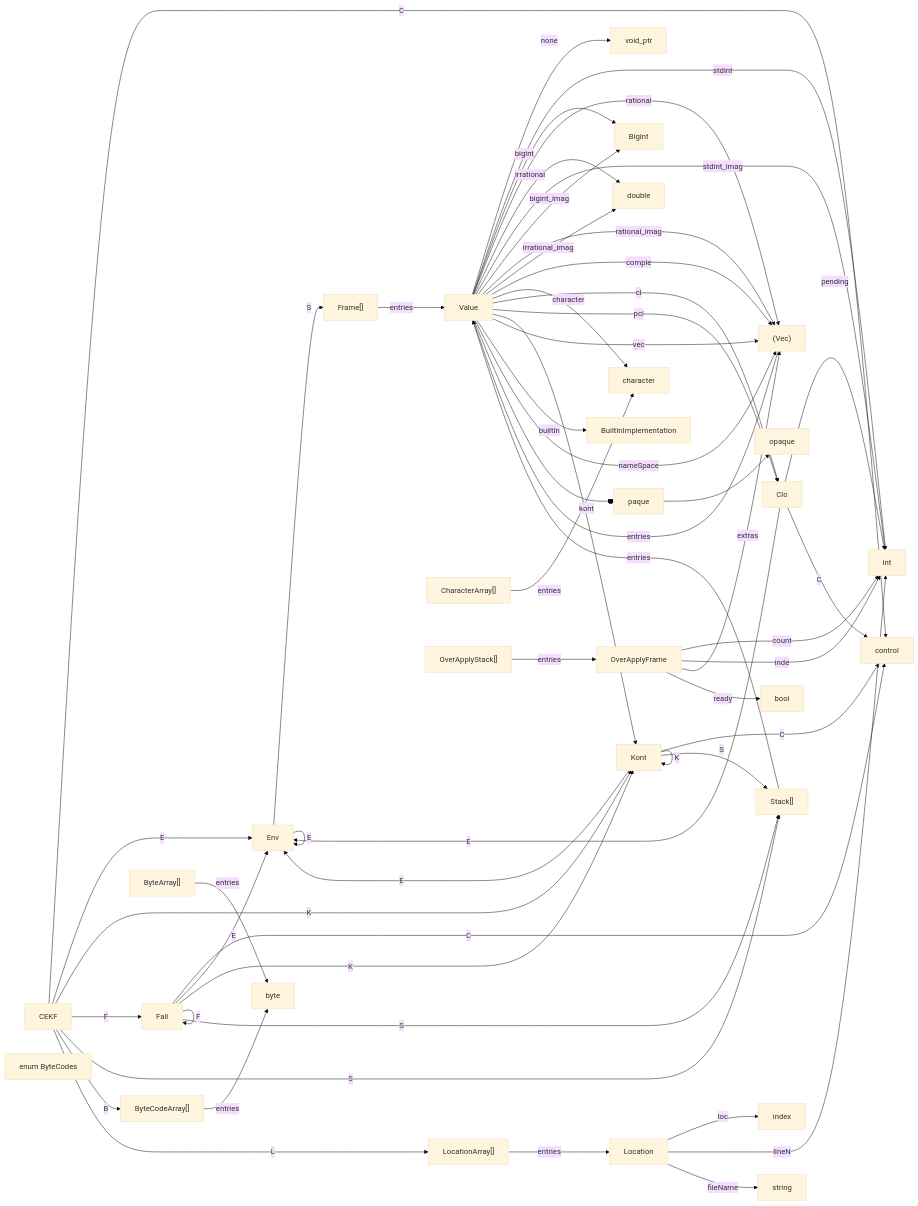
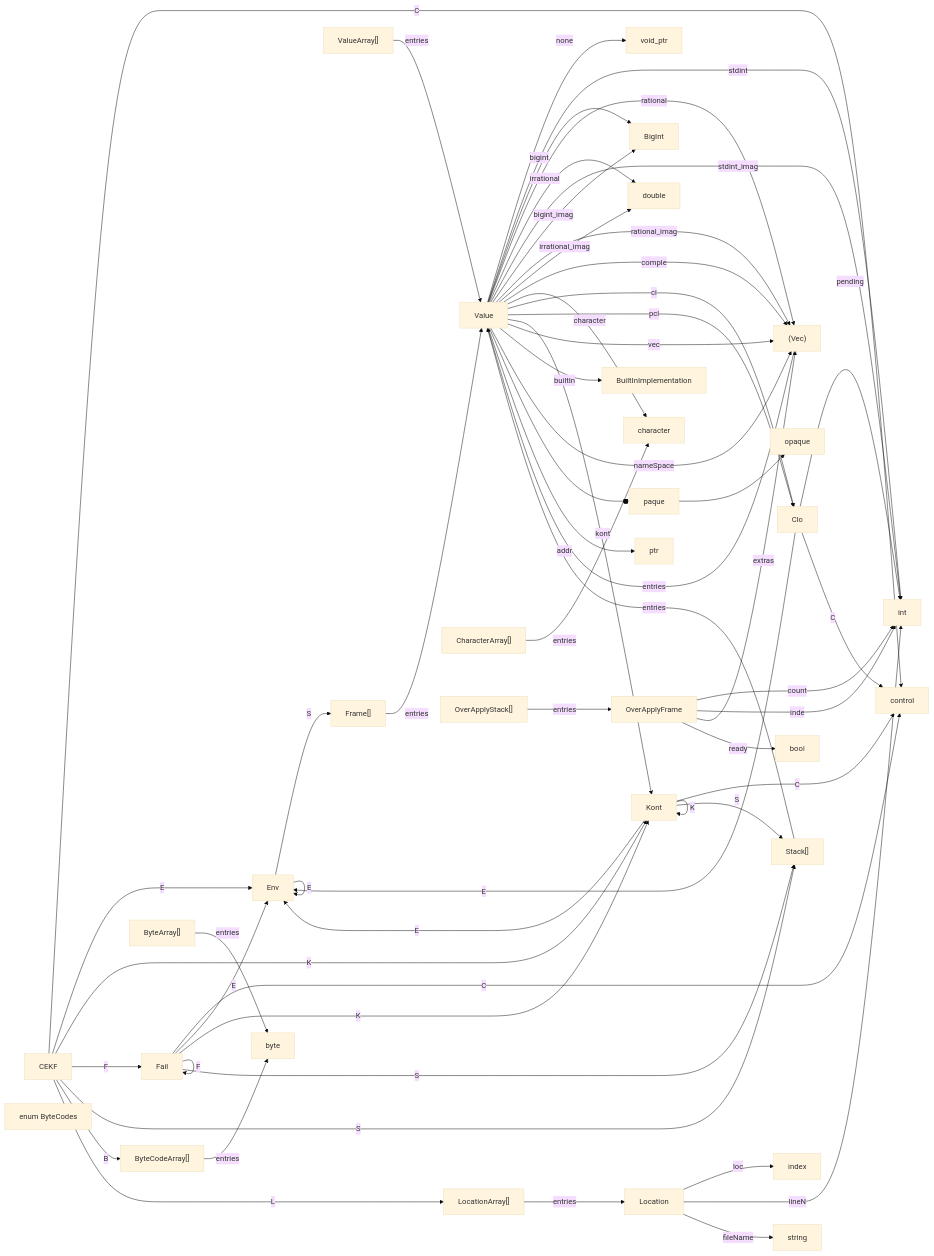
Before and after one commit to billhails/CEKF: the diagram in docs/generated/cekfs.md, drawn with Mermaid (base theme). The commit also changed 19 other files, not shown here.

````diff
--- a/docs/generated/cekfs.md
+++ b/docs/generated/cekfs.md
@@ -5,58 +5,60 @@
 ```mermaid
 flowchart LR
 CEKF --C--> control
 CEKF --E--> Env
 CEKF --K--> Kont
 CEKF --F--> Fail
 CEKF --S--> Stack
 CEKF --B--> ByteCodeArray
 CEKF --L--> LocationArray
 OverApplyFrame --count--> int
 OverApplyFrame --index--> int
 OverApplyFrame --extras--> Vec
 OverApplyFrame --ready--> bool
 Env --S--> Frame
 Env --E--> Env
 Kont --C--> control
 Kont --E--> Env
 Kont --S--> Stack
 Kont --K--> Kont
 Clo --pending--> int
 Clo --C--> control
 Clo --E--> Env
 Fail --C--> control
 Fail --E--> Env
 Fail --K--> Kont
 Fail --S--> Stack
 Fail --F--> Fail
 Location --loc--> index
 Location --lineNo--> int
 Location --fileName--> string
 Vec["(Vec)"] --entries--> Value
 Value --none--> void_ptr
 Value --stdint--> int
 Value --bigint--> BigInt
 Value --rational--> Vec
 Value --irrational--> double
 Value --stdint_imag--> int
 Value --bigint_imag--> BigInt
 Value --rational_imag--> Vec
 Value --irrational_imag--> double
 Value --complex--> Vec
 Value --character--> character
 Value --clo--> Clo
 Value --pclo--> Clo
 Value --kont--> Kont
 Value --vec--> Vec
 Value --builtIn--> BuiltInImplementation
 Value --nameSpace--> Vec
 Value --opaque--> opaque
+Value --addr--> ptr
 ByteCodeArray["ByteCodeArray[]"] --entries--> byte
 Stack["Stack[]"] --entries--> Value
 ByteCodes["enum ByteCodes"]
 CharacterArray["CharacterArray[]"] --entries--> character
+ValueArray["ValueArray[]"] --entries--> Value
 ByteArray["ByteArray[]"] --entries--> byte
 Frame["Frame[]"] --entries--> Value
 LocationArray["LocationArray[]"] --entries--> Location
 OverApplyStack["OverApplyStack[]"] --entries--> OverApplyFrame
 ```
````
